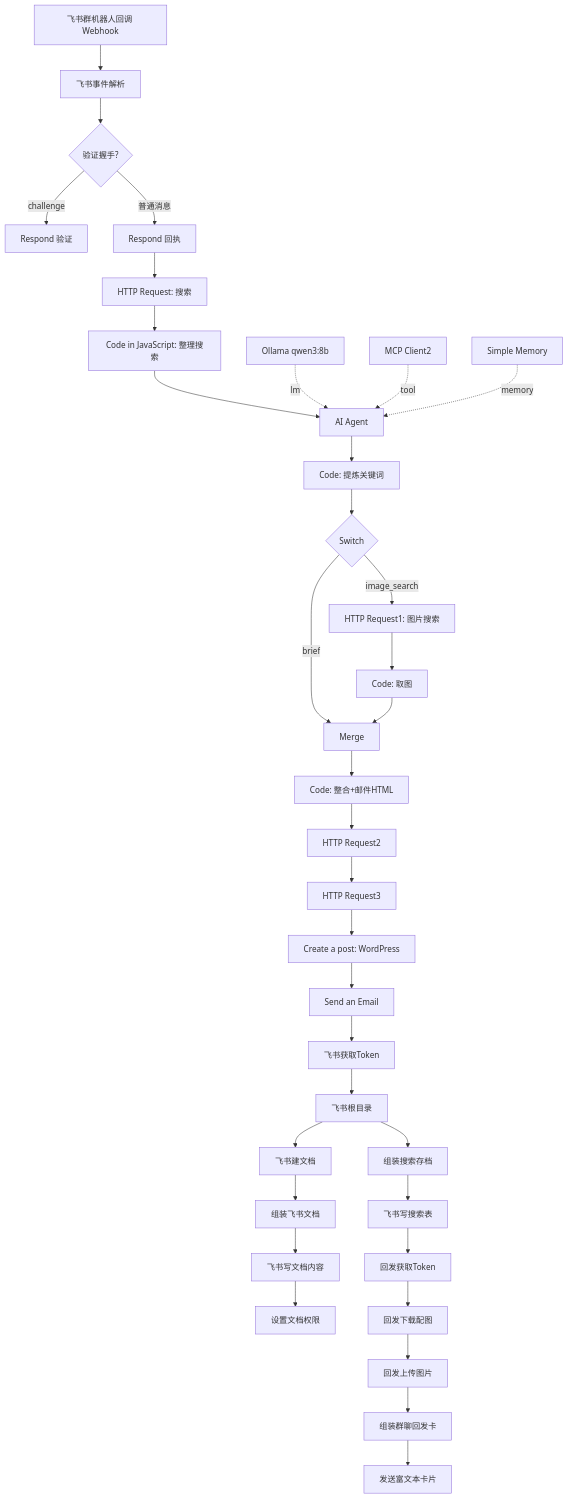
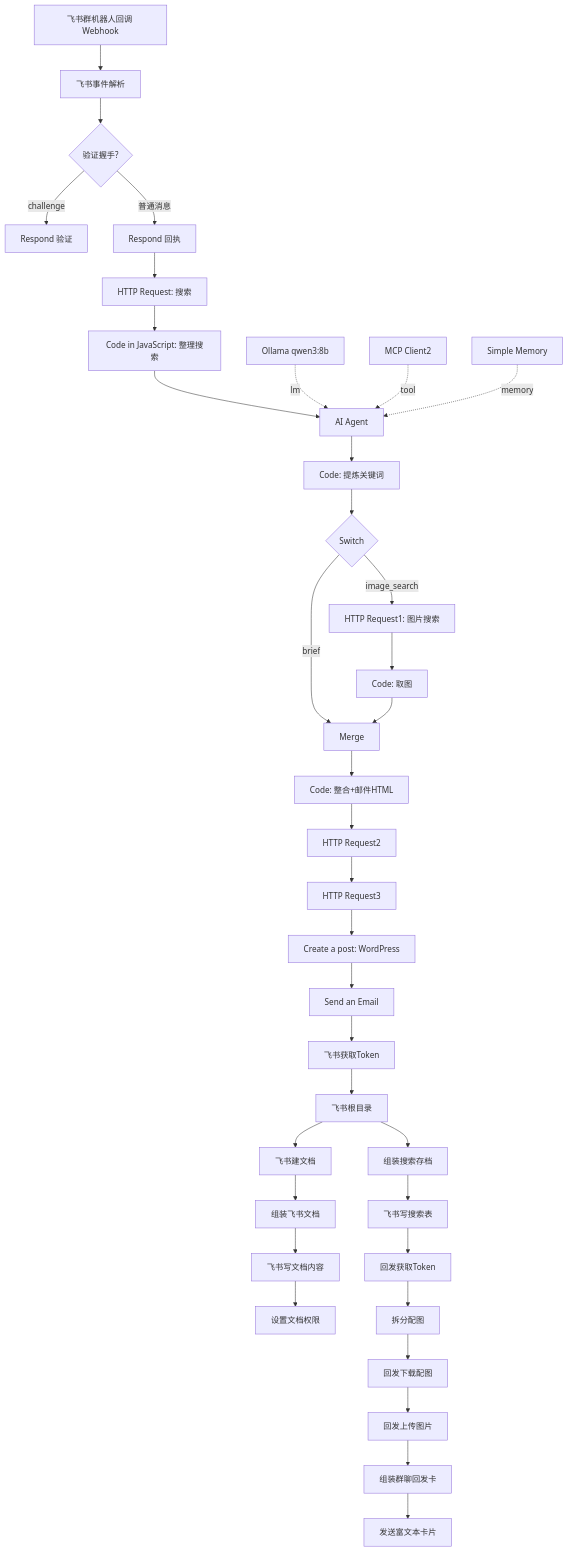
The diagram in README.md (yangdq1980/n8n-feishu-cundang-v2), drawn with Mermaid before and after one commit. The commit also changed other lines of this file and 6 other files, not shown here.

Commit message:
feat: 配图多图改造(每主题3张x2=6张)+多维表格迁移+35节点深度教程

````diff
--- a/README.md
+++ b/README.md
@@ -29,26 +29,26 @@
 ```mermaid
 flowchart TD
     WH[飞书群机器人回调 Webhook] --> PARSE[飞书事件解析]
     PARSE --> HANDSHAKE{验证握手?}
     HANDSHAKE -->|challenge| RV[Respond 验证]
     HANDSHAKE -->|普通消息| RA[Respond 回执] --> HR[HTTP Request: 搜索]
     HR --> CJS[Code in JavaScript: 整理搜索]
     CJS --> AGENT[AI Agent]
     OLLAMA[Ollama qwen3:8b] -.lm.-> AGENT
     MCP[MCP Client2] -.tool.-> AGENT
     MEM[Simple Memory] -.memory.-> AGENT
     AGENT --> CJS1[Code: 提炼关键词]
     CJS1 --> SW{Switch}
     SW -->|brief| MERGE[Merge]
     SW -->|image_search| HR1[HTTP Request1: 图片搜索]
     HR1 --> CJS2[Code: 取图]
     CJS2 --> MERGE
     MERGE --> CJS3[Code: 整合+邮件HTML]
     CJS3 --> HR2[HTTP Request2] --> HR3[HTTP Request3] --> POST[Create a post: WordPress]
     POST --> MAIL[Send an Email]
     MAIL --> FT[飞书获取Token]
     FT --> ROOT[飞书根目录]
     ROOT --> AR[组装搜索存档] --> ST[飞书写搜索表]
     ROOT --> DOC[飞书建文档] --> AD[组装飞书文档] --> WD[飞书写文档内容] --> PERM[设置文档权限]
-    ST --> RT[回发获取Token] --> DL[回发下载配图] --> UP[回发上传图片] --> CARD[组装群聊回发卡] --> SEND[发送富文本卡片]
+    ST --> RT[回发获取Token] --> SP[拆分配图] --> DL[回发下载配图] --> UP[回发上传图片] --> CARD[组装群聊回发卡] --> SEND[发送富文本卡片]
 ```
````
